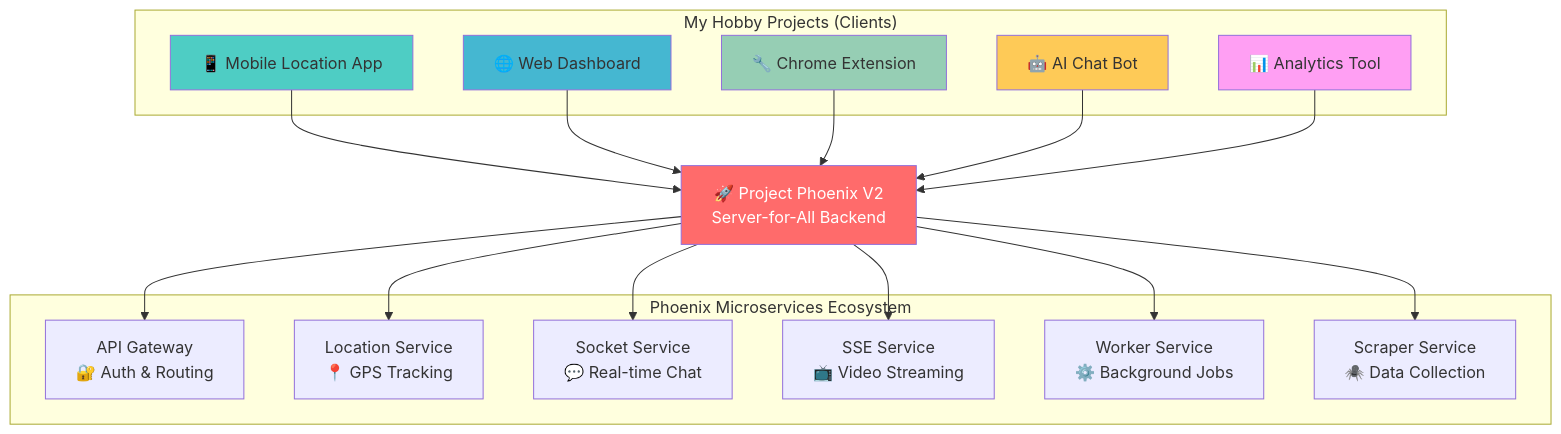
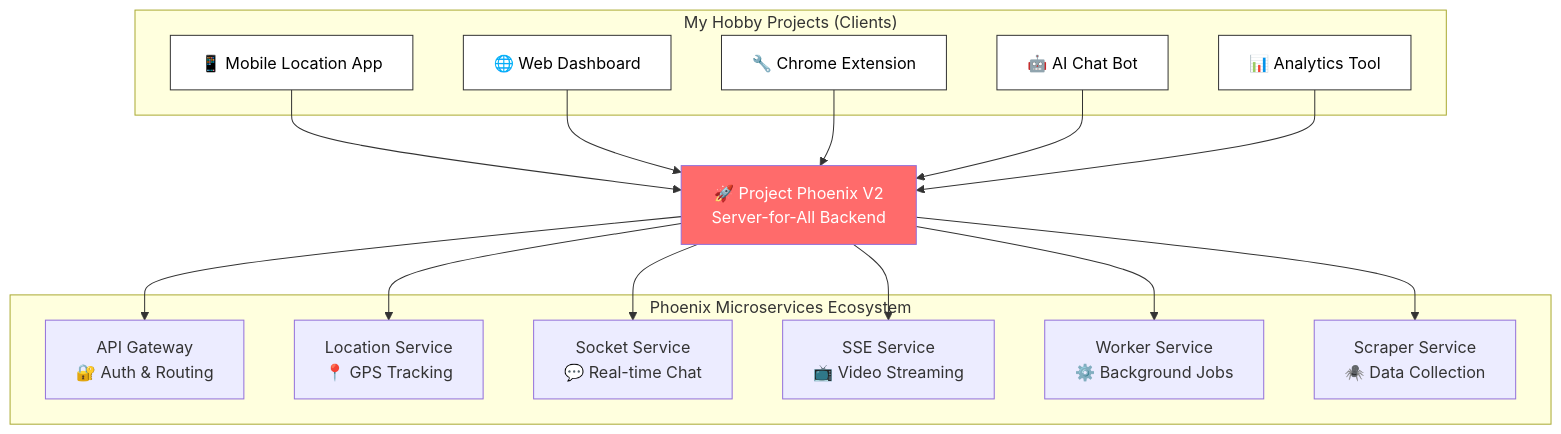
One commit to wahajnintyeight/project-phoenix-v2 changed the first of 2 diagrams in README.md. Above: the diagram before and after it, drawn with Mermaid. The commit also changed other lines of this file, not shown here.

Commit message:
(feat): update readme

````diff
--- a/README.md
+++ b/README.md
@@ -47,39 +47,39 @@
 ```mermaid
 graph TB
     subgraph "My Hobby Projects (Clients)"
         WebApp1[📱 Mobile Location App]
         WebApp2[🌐 Web Dashboard]
         WebApp3[🔧 Chrome Extension]
         WebApp4[🤖 AI Chat Bot]
         WebApp5[📊 Analytics Tool]
     end
     
     WebApp1 --> Phoenix[🚀 Project Phoenix V2<br/>Server-for-All Backend]
     WebApp2 --> Phoenix
     WebApp3 --> Phoenix
     WebApp4 --> Phoenix
     WebApp5 --> Phoenix
     
     subgraph "Phoenix Microservices Ecosystem"
         AG[API Gateway<br/>🔐 Auth & Routing]
         LS[Location Service<br/>📍 GPS Tracking]
         SS[Socket Service<br/>💬 Real-time Chat]
         SSE[SSE Service<br/>📺 Video Streaming]
         WS[Worker Service<br/>⚙️ Background Jobs]
         ScS[Scraper Service<br/>🕷️ Data Collection]
     end
     
     Phoenix --> AG
     Phoenix --> LS
     Phoenix --> SS
     Phoenix --> SSE
     Phoenix --> WS
     Phoenix --> ScS
     
     style Phoenix fill:#ff6b6b,color:#fff
-    style WebApp1 fill:#4ecdc4
-    style WebApp2 fill:#45b7d1
-    style WebApp3 fill:#96ceb4
-    style WebApp4 fill:#feca57
-    style WebApp5 fill:#ff9ff3
+    style WebApp1 fill:#ffffff,color:#000000,stroke:#333333
+    style WebApp2 fill:#ffffff,color:#000000,stroke:#333333
+    style WebApp3 fill:#ffffff,color:#000000,stroke:#333333
+    style WebApp4 fill:#ffffff,color:#000000,stroke:#333333
+    style WebApp5 fill:#ffffff,color:#000000,stroke:#333333
 ```
````
